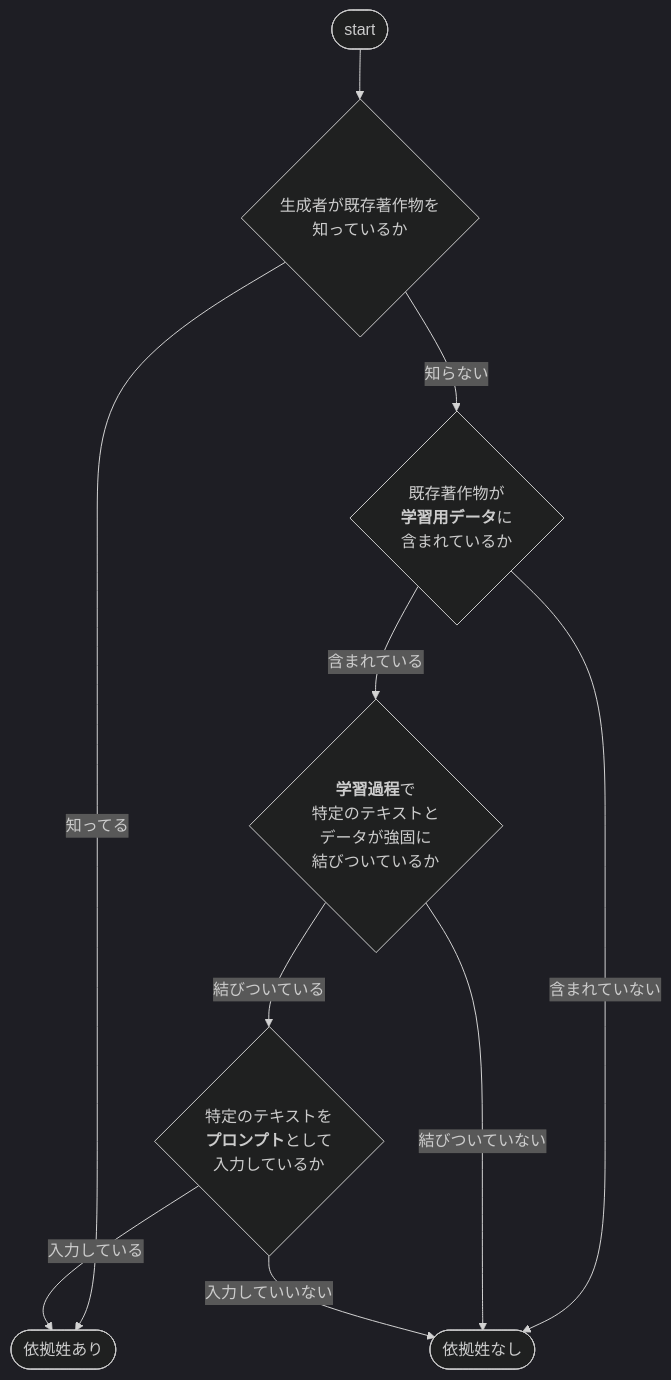
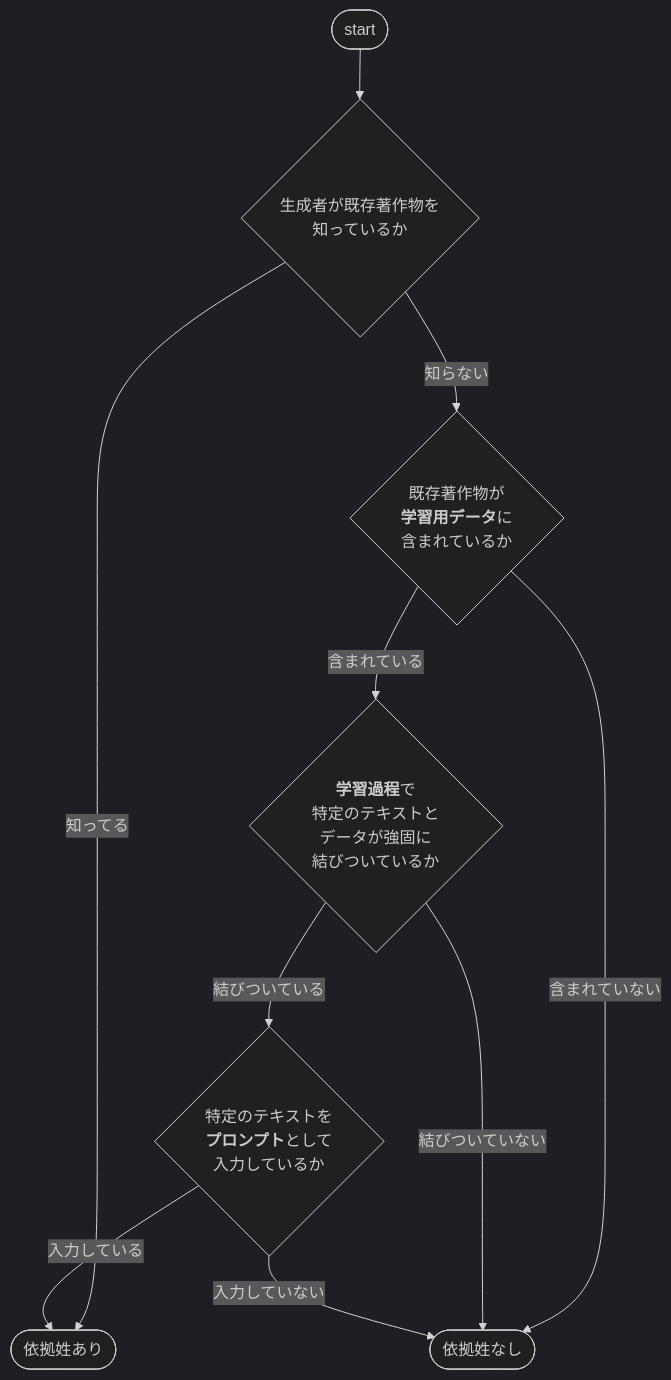
Before and after one commit to spiegel-im-spiegel/github-pages-env: the diagram in content/remark/2023/06/is-generative-ai-copyright-safe.md, drawn with Mermaid (dark theme). The commit also changed other lines of this file and 5 other files, not shown here.

````diff
--- a/content/remark/2023/06/is-generative-ai-copyright-safe.md
+++ b/content/remark/2023/06/is-generative-ai-copyright-safe.md
@@ -56,12 +56,12 @@
 ```mermaid
 graph TB
     A([start])-->B{生成者が既存著作物を\n知っているか}
     B--知ってる-->Z([依拠姓あり])
     B--知らない-->C{既存著作物が\n<b>学習用データ</b>に\n含まれているか}
     C--含まれていない-->X([依拠姓なし])
     C--含まれている-->D{<b>学習過程</b>で\n特定のテキストと\nデータが強固に\n結びついているか}
     D--結びついていない-->X
     D--結びついている-->E{特定のテキストを\n<b>プロンプト</b>として\n入力しているか}
-    E--入力していいない-->X
+    E--入力していない-->X
     E--入力している-->Z
 ```
````
